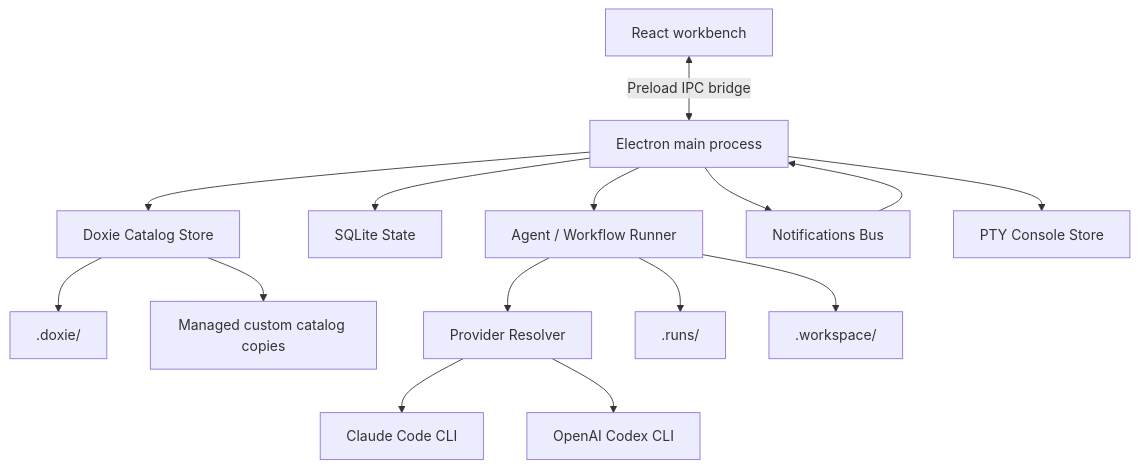
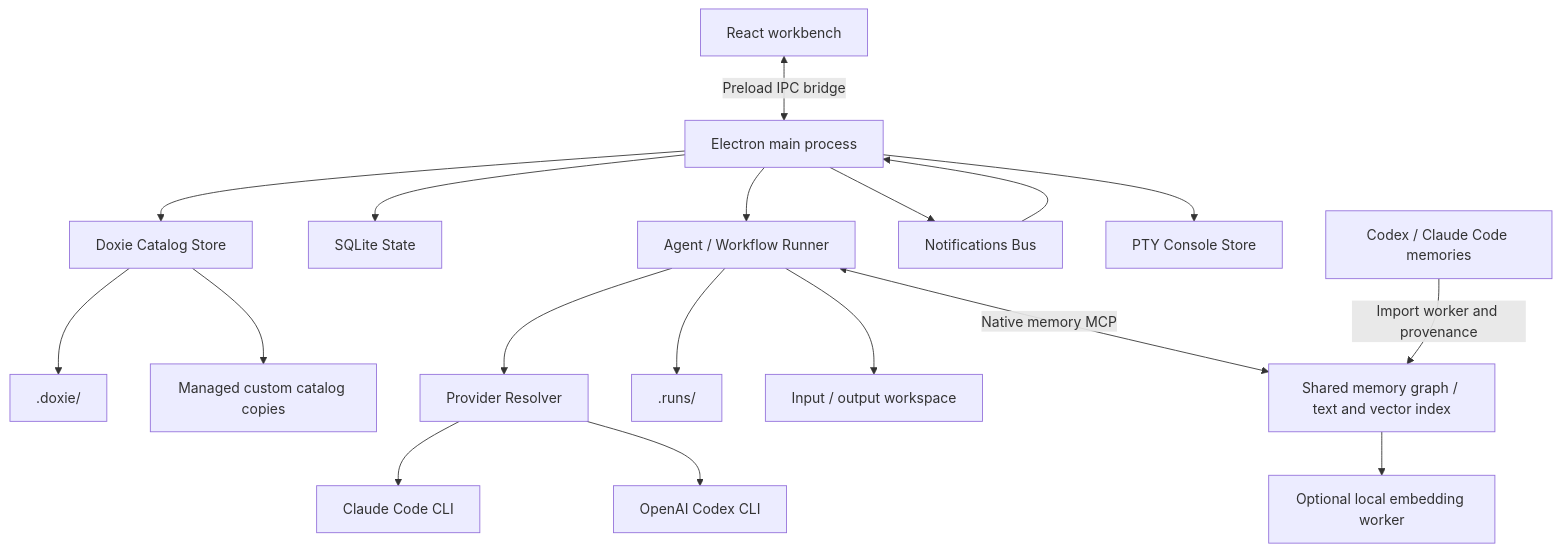
Before and after one commit to viamus/DoxieOS: the first of 5 diagrams in docs/architecture.md, drawn with Mermaid. The commit also changed other lines of this file and 63 other files, not shown here.

Commit message:
feat: add agent-owned global library and workspace memory input

````diff
--- a/docs/architecture.md
+++ b/docs/architecture.md
@@ -9,17 +9,20 @@
 ```mermaid
 flowchart TD
     Renderer["React workbench"] <-->|Preload IPC bridge| Main["Electron main process"]
     Main --> Catalog["Doxie Catalog Store"]
     Main --> SQLite["SQLite State"]
     Main --> Runner["Agent / Workflow Runner"]
     Main --> Notifications["Notifications Bus"]
     Main --> Consoles["PTY Console Store"]
     Catalog --> Doxie[".doxie/"]
     Catalog --> CustomCatalogs["Managed custom catalog copies"]
     Runner --> ProviderResolver["Provider Resolver"]
     ProviderResolver --> ClaudeCLI["Claude Code CLI"]
     ProviderResolver --> CodexCLI["OpenAI Codex CLI"]
     Runner --> RunOutputs[".runs/"]
-    Runner --> Workspace[".workspace/"]
+    Runner --> Workspace["Input / output workspace"]
+    Runner <-->|Native memory MCP| Memory["Shared memory graph / text and vector index"]
+    Memory --> Embeddings["Optional local embedding worker"]
+    Sources["Codex / Claude Code memories"] -->|Import worker and provenance| Memory
     Notifications --> Main
 ```
````
